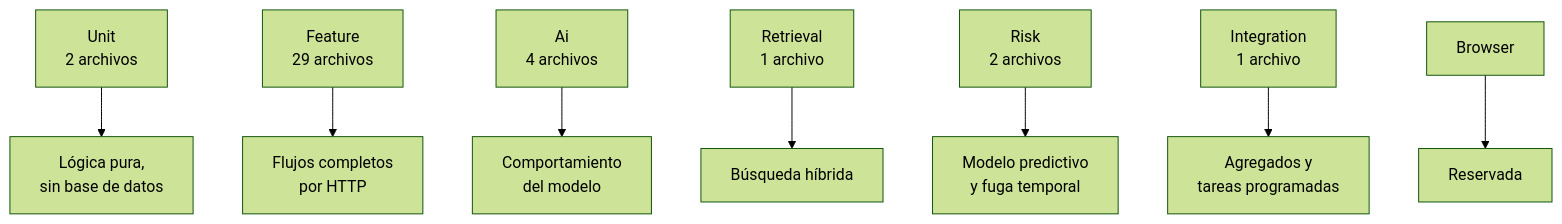
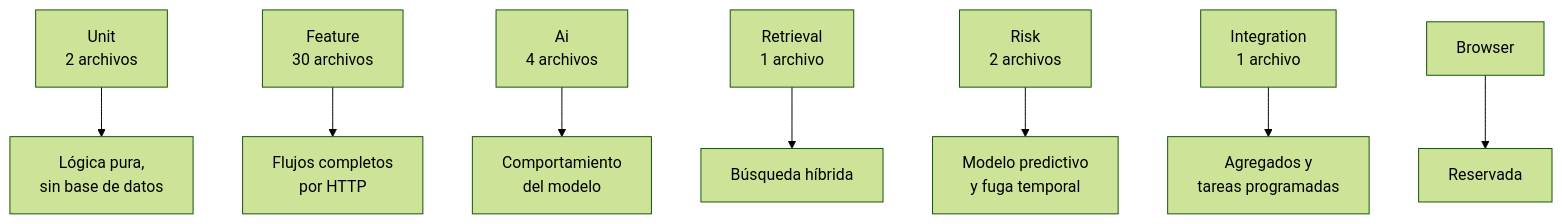
One commit to 75220834-cloud/PROYECTO-TALLER-DE-INV.-1 changed the first of 2 diagrams in docs/tecnica/12-pruebas-y-calidad.md. Above: the diagram before and after it, drawn with Mermaid (forest theme). The commit also changed other lines of this file and 43 other files, not shown here.

````diff
--- a/docs/tecnica/12-pruebas-y-calidad.md
+++ b/docs/tecnica/12-pruebas-y-calidad.md
@@ -24,10 +24,10 @@
 ```mermaid
 graph TB
     U["Unit<br/>2 archivos"] --> D["Lógica pura,<br/>sin base de datos"]
-    F["Feature<br/>29 archivos"] --> E["Flujos completos<br/>por HTTP"]
+    F["Feature<br/>30 archivos"] --> E["Flujos completos<br/>por HTTP"]
     A["Ai<br/>4 archivos"] --> G["Comportamiento<br/>del modelo"]
     R["Retrieval<br/>1 archivo"] --> H["Búsqueda híbrida"]
     RI["Risk<br/>2 archivos"] --> I["Modelo predictivo<br/>y fuga temporal"]
     IN["Integration<br/>1 archivo"] --> J["Agregados y<br/>tareas programadas"]
     B["Browser"] --> K["Reservada"]
 ```
````
